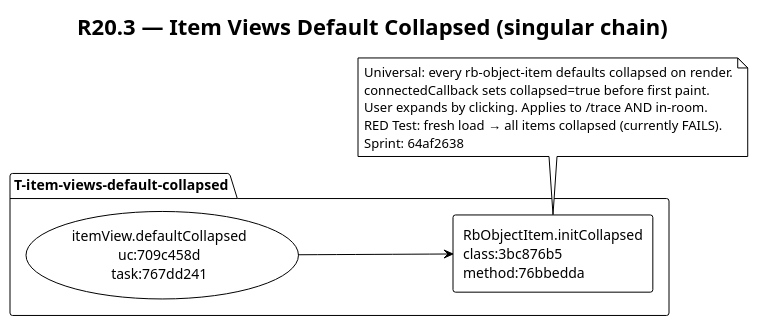
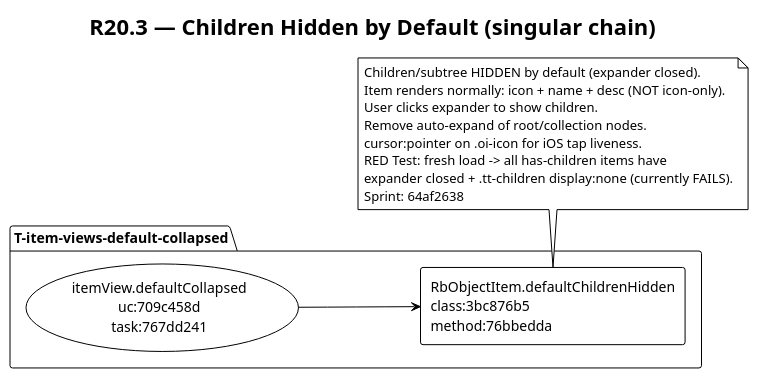
Before and after one commit to web4x/Web4RawBin: the diagram in scrum.pmo/sprints/sprint-20-forward-planning/diagrams/r20-3-default-collapsed-chain.puml, drawn with PlantUML.

Commit message:
robbin-architect: R20.3 REDESIGN — collapsed = children-hidden (not icon-only)
Method renamed defaultChildrenHidden. Item renders normally (icon+name+desc).
Subtree hidden by default, user expands via expander click. PUML updated.

```diff
--- a/scrum.pmo/sprints/sprint-20-forward-planning/diagrams/r20-3-default-collapsed-chain.puml
+++ b/scrum.pmo/sprints/sprint-20-forward-planning/diagrams/r20-3-default-collapsed-chain.puml
@@ -1,21 +1,24 @@
 @startuml r20-3-default-collapsed-chain
 !theme plain
-title R20.3 — Item Views Default Collapsed (singular chain)
+title R20.3 — Children Hidden by Default (singular chain)
 
 left to right direction
 
 package "T-item-views-default-collapsed" {
   usecase "itemView.defaultCollapsed\nuc:709c458d\ntask:767dd241" as UC
-  agent "RbObjectItem.initCollapsed\nclass:3bc876b5\nmethod:76bbedda" as M
+  agent "RbObjectItem.defaultChildrenHidden\nclass:3bc876b5\nmethod:76bbedda" as M
   UC --> M
 }
 
 note bottom
-  Universal: every rb-object-item defaults collapsed on render.
-  connectedCallback sets collapsed=true before first paint.
-  User expands by clicking. Applies to /trace AND in-room.
-  RED Test: fresh load → all items collapsed (currently FAILS).
+  Children/subtree HIDDEN by default (expander closed).
+  Item renders normally: icon + name + desc (NOT icon-only).
+  User clicks expander to show children.
+  Remove auto-expand of root/collection nodes.
+  cursor:pointer on .oi-icon for iOS tap liveness.
+  RED Test: fresh load -> all has-children items have
+  expander closed + .tt-children display:none (currently FAILS).
   Sprint: 64af2638
 end note
 
 @enduml
```
